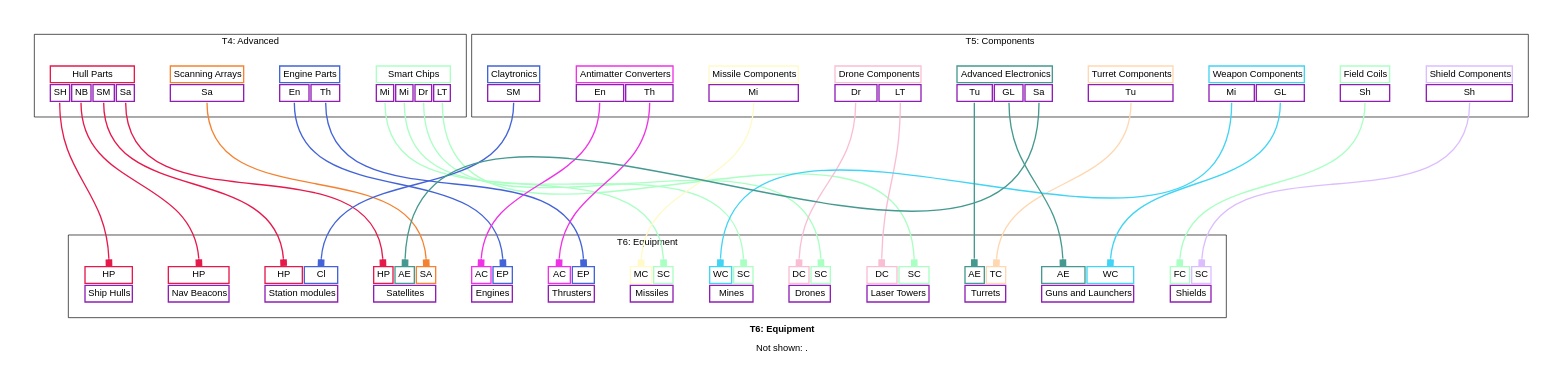
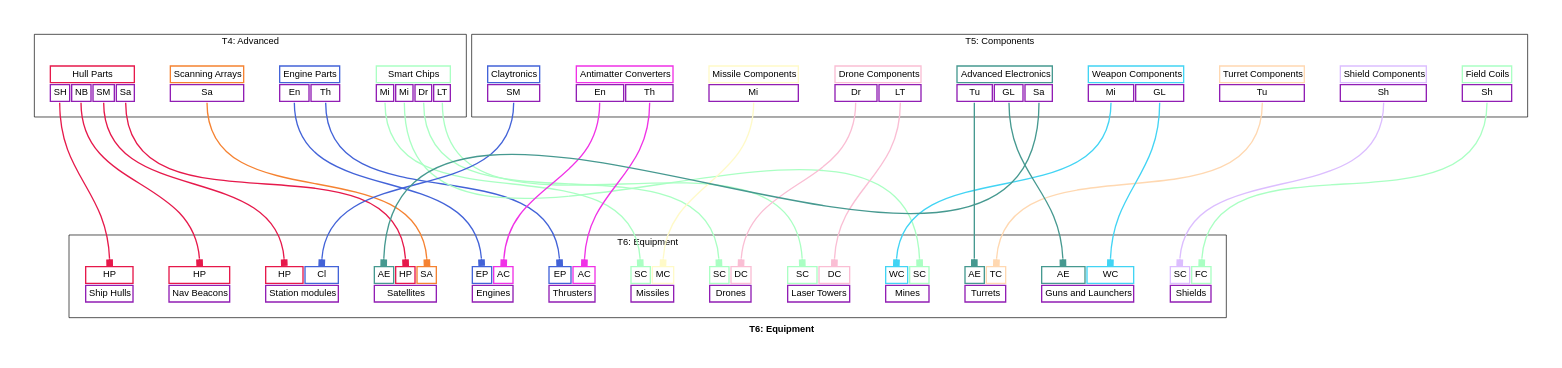
The diagram in docs/t6_equipment_graph_simplified.dot (borntyping/x4-diagrams), drawn with Graphviz before and after one commit. The commit also changed 47 other files, not shown here.

```diff
--- a/docs/t6_equipment_graph_simplified.dot
+++ b/docs/t6_equipment_graph_simplified.dot
@@ -1,7 +1,7 @@
 digraph "X4 Economy" {
 	edge [arrowType=normal]
 	compound=true fontname="Helvetica,Arial,sans-serif"
-	label=<<b>T6: Equipment</b><br/><br/>Not shown: .>
+	label=<<b>T6: Equipment</b>>
 	graph [nodesep=0.3 pad=0.5 ranksep=3]
 	node [color=slategray1 fontname="Helvetica,Arial,sans-serif" margin=0.2 penwidth=2.0 shape=plaintext]
 	edge [arrowhead=normal arrowsize=1.0 fontname="Helvetica,Arial,sans-serif" headport=n penwidth=2.0 tailport=s]
@@ -242,9 +242,9 @@
   
     <tr>
       
+        <td align="text" bgcolor="white" color="#aaffc3" port="smart_chips">SC</td>
+      
         <td align="text" bgcolor="white" color="#fffac8" port="missile_components">MC</td>
-      
-        <td align="text" bgcolor="white" color="#aaffc3" port="smart_chips">SC</td>
       
     </tr>
   
@@ -272,9 +272,9 @@
   
     <tr>
       
+        <td align="text" bgcolor="white" color="#4363d8" port="engine_parts">EP</td>
+      
         <td align="text" bgcolor="white" color="#f032e6" port="antimatter_converters">AC</td>
-      
-        <td align="text" bgcolor="white" color="#4363d8" port="engine_parts">EP</td>
       
     </tr>
   
@@ -287,9 +287,9 @@
   
     <tr>
       
+        <td align="text" bgcolor="white" color="#4363d8" port="engine_parts">EP</td>
+      
         <td align="text" bgcolor="white" color="#f032e6" port="antimatter_converters">AC</td>
-      
-        <td align="text" bgcolor="white" color="#4363d8" port="engine_parts">EP</td>
       
     </tr>
   
@@ -317,9 +317,9 @@
   
     <tr>
       
+        <td align="text" bgcolor="white" color="#aaffc3" port="smart_chips">SC</td>
+      
         <td align="text" bgcolor="white" color="#fabed4" port="drone_components">DC</td>
-      
-        <td align="text" bgcolor="white" color="#aaffc3" port="smart_chips">SC</td>
       
     </tr>
   
@@ -332,9 +332,9 @@
   
     <tr>
       
+        <td align="text" bgcolor="white" color="#aaffc3" port="smart_chips">SC</td>
+      
         <td align="text" bgcolor="white" color="#fabed4" port="drone_components">DC</td>
-      
-        <td align="text" bgcolor="white" color="#aaffc3" port="smart_chips">SC</td>
       
     </tr>
   
@@ -347,9 +347,9 @@
   
     <tr>
       
+        <td align="text" bgcolor="white" color="#dcbeff" port="shield_components">SC</td>
+      
         <td align="text" bgcolor="white" color="#aaffc3" port="field_coils">FC</td>
-      
-        <td align="text" bgcolor="white" color="#dcbeff" port="shield_components">SC</td>
       
     </tr>
   
@@ -392,9 +392,9 @@
   
     <tr>
       
+        <td align="text" bgcolor="white" color="#469990" port="advanced_electronics">AE</td>
+      
         <td align="text" bgcolor="white" color="#e6194B" port="hull_parts">HP</td>
-      
-        <td align="text" bgcolor="white" color="#469990" port="advanced_electronics">AE</td>
       
         <td align="text" bgcolor="white" color="#f58231" port="scanning_arrays">SA</td>
       
```
